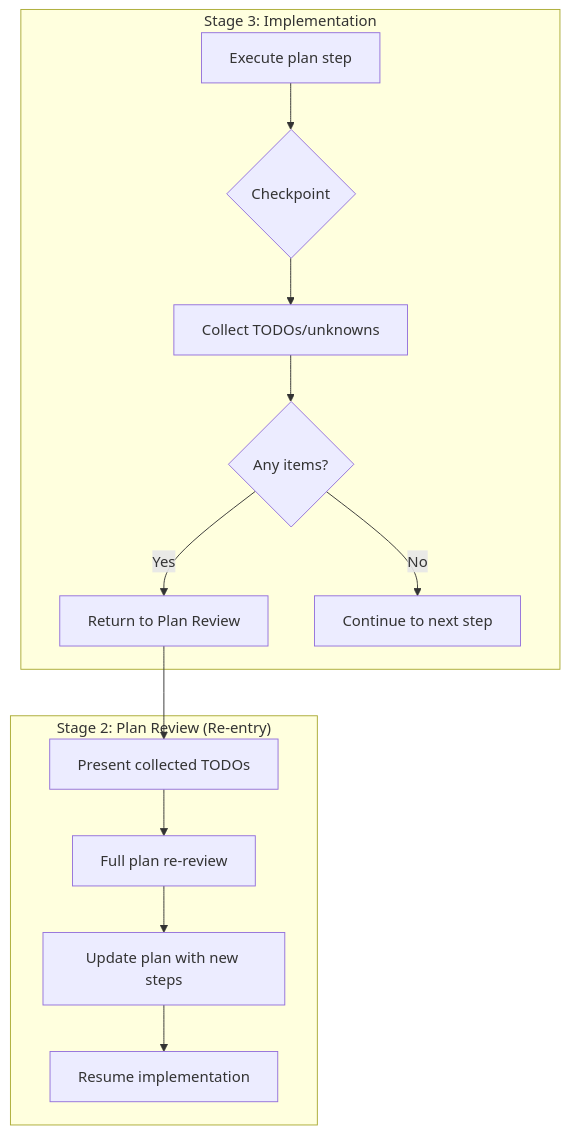
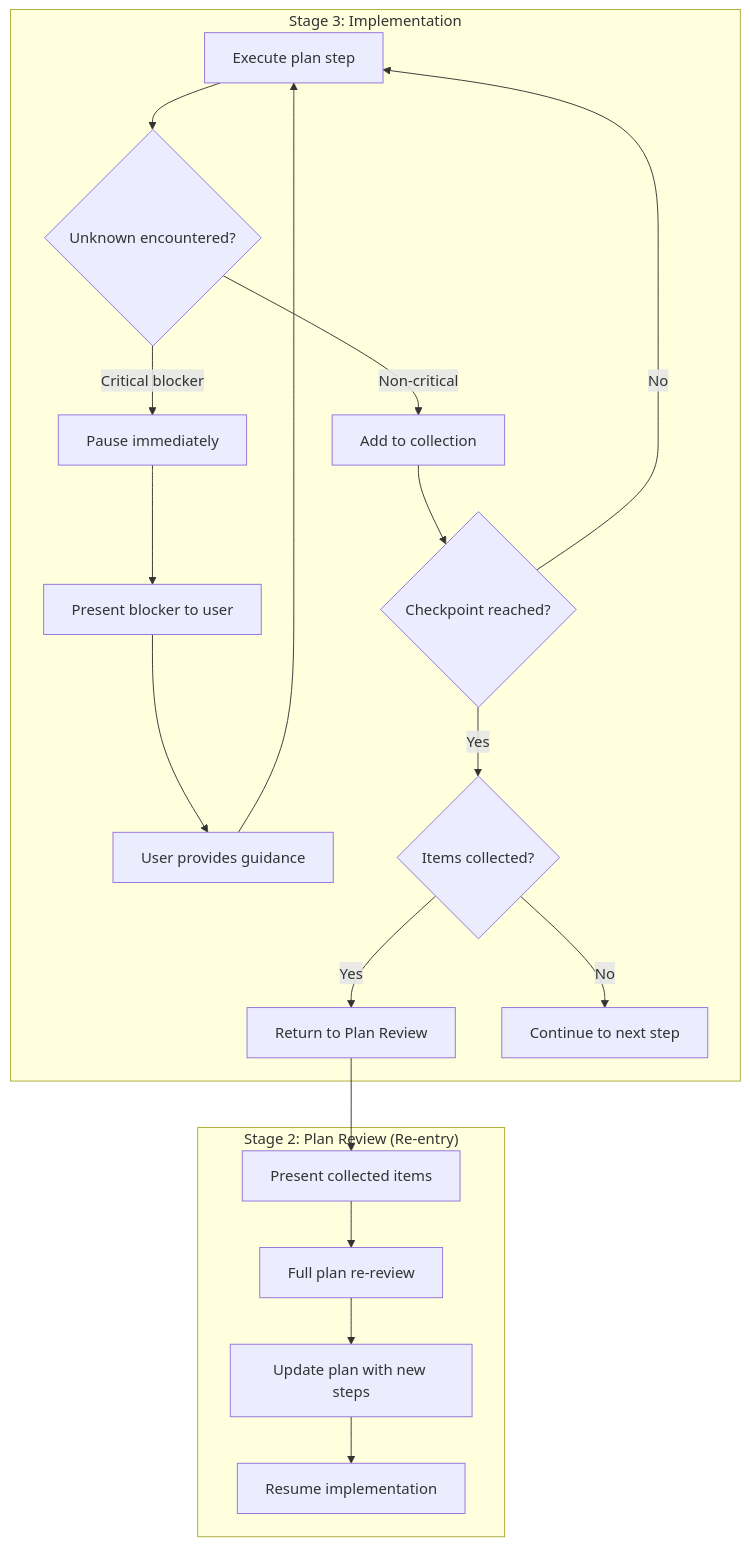
The sixth of 15 diagrams in README.md (clrke/ralph-web), drawn with Mermaid before and after one commit. The commit also changed other lines of this file, not shown here.

First line of the commit message:
Address fifth review: TODO flow, network access, and cleanup

````diff
--- a/README.md
+++ b/README.md
@@ -281,17 +279,23 @@
 ```mermaid
 flowchart TB
     subgraph Implementation["Stage 3: Implementation"]
-        A["Execute plan step"] --> B{"Checkpoint"}
-        B --> C["Collect TODOs/unknowns"]
-        C --> D{"Any items?"}
-        D -->|Yes| E["Return to Plan Review"]
-        D -->|No| F["Continue to next step"]
+        A["Execute plan step"] --> B{"Unknown encountered?"}
+        B -->|Critical blocker| C["Pause immediately"]
+        C --> D["Present blocker to user"]
+        D --> E["User provides guidance"]
+        E --> A
+        B -->|Non-critical| F["Add to collection"]
+        F --> G{"Checkpoint reached?"}
+        G -->|No| A
+        G -->|Yes| H{"Items collected?"}
+        H -->|Yes| I["Return to Plan Review"]
+        H -->|No| J["Continue to next step"]
     end
 
     subgraph PlanReview["Stage 2: Plan Review (Re-entry)"]
-        E --> G["Present collected TODOs"]
-        G --> H["Full plan re-review"]
-        H --> I["Update plan with new steps"]
-        I --> J["Resume implementation"]
+        I --> K["Present collected items"]
+        K --> L["Full plan re-review"]
+        L --> M["Update plan with new steps"]
+        M --> N["Resume implementation"]
     end
 ```
````
